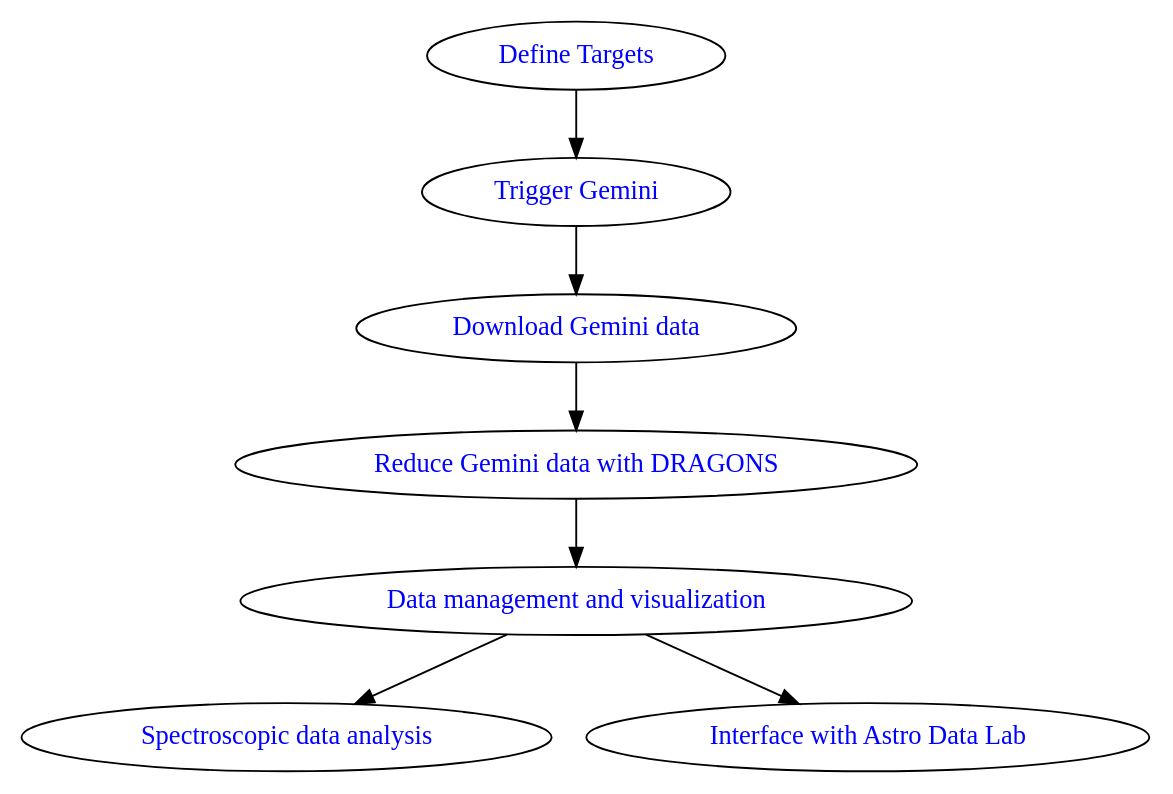
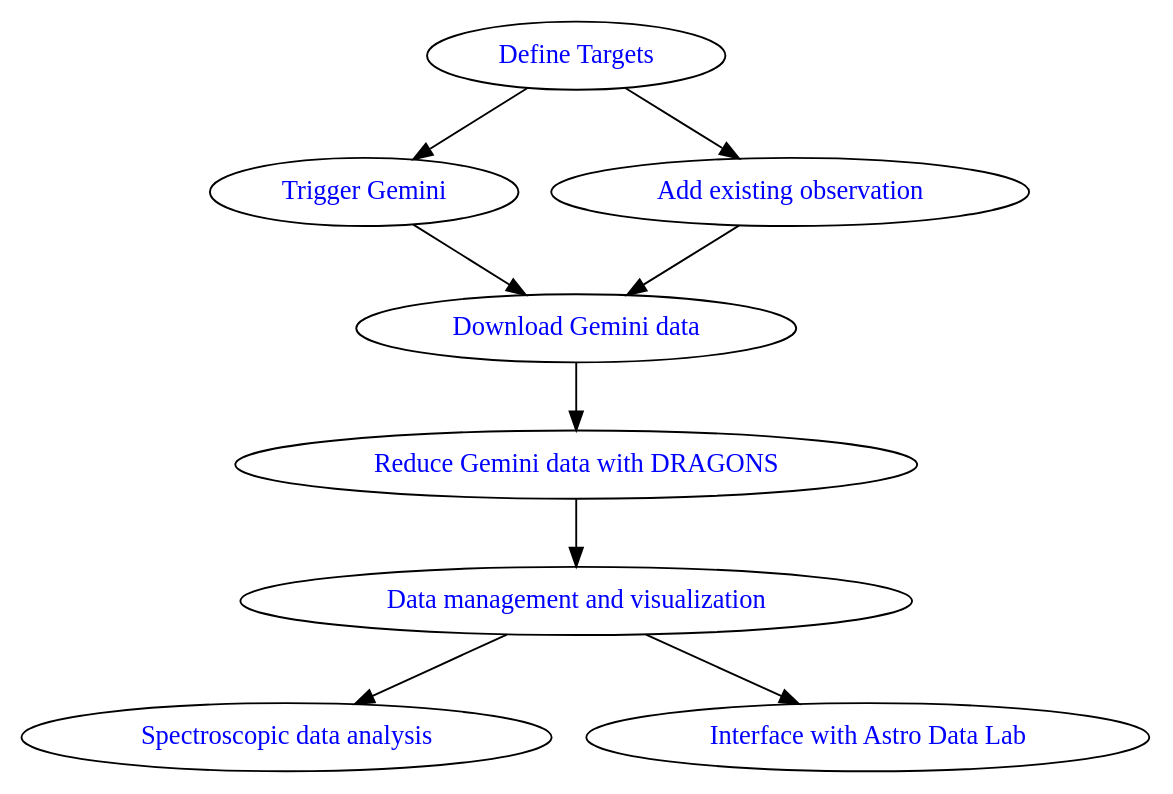
Before and after one commit to soraisam/goats_production: the diagram in docs/readthedocs/source/functionalities.rst, drawn with Graphviz. The commit also changed other lines of this file and 7 other files, not shown here.

Commit message:
GOATS-658: Update GOATS workflow flowchart in documentation and add a miscellaneous page

```diff
--- a/docs/readthedocs/source/functionalities.rst
+++ b/docs/readthedocs/source/functionalities.rst
@@ -8,19 +8,22 @@
 .. graphviz::
    :alt: Typical GOATS workflow 
    :align: center
 
      digraph workflow {
          a [label="Define Targets", labeljust=c, fontcolor="blue", href="./targets.html", target="_top"];
          b [label="Trigger Gemini", labeljust=c, fontcolor="blue", href="./trigger_gemini.html", target="_top"];
          c [label="Download Gemini data", labeljust=c, fontcolor="blue", href="./goa_download.html", target="_top"];
          d [label="Reduce Gemini data with DRAGONS", labeljust=c, fontcolor="blue", href="./dragons.html", target="_top"];
          e [label="Data management and visualization", labeljust=c, fontcolor="blue", href="./visualization.html", target="_top"];
          f [label="Spectroscopic data analysis", labeljust=c, fontcolor="blue", href="./analysis.html", target="_top"];
          g [label="Interface with Astro Data Lab", labeljust=c, fontcolor="blue", href="./datalab.html", target="_top"];
+         h [label="Add existing observation", labeljust=c, fontcolor="blue", href="./existing_obs.html", target="_top"];
          a -> b 
          b -> c 
+         a -> h
+         h -> c
          c -> d 
          d -> e 
          e -> f 
          e -> g;
      }
```
